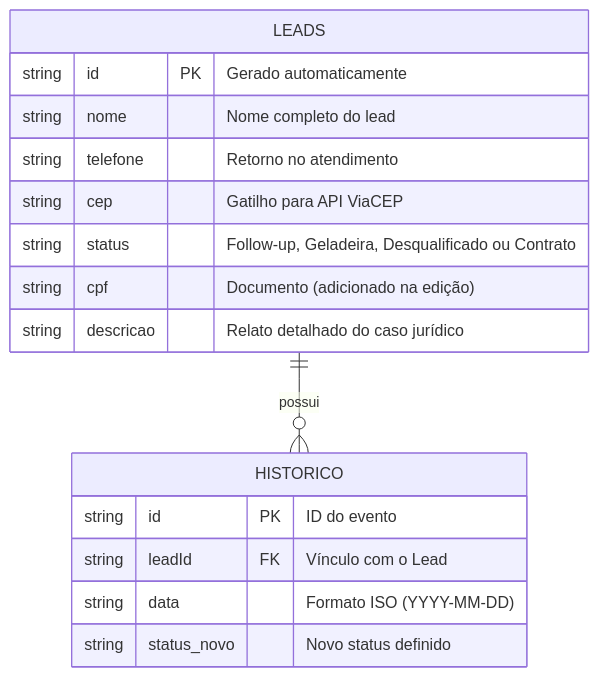
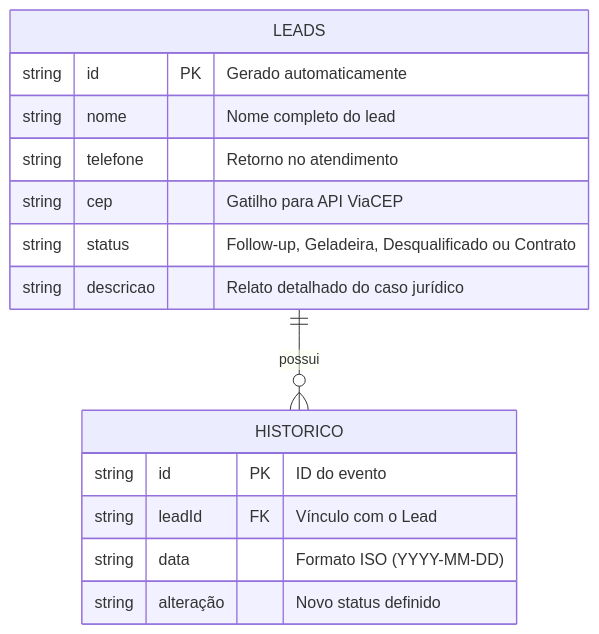
One commit to aalicemoreira/Lex-flow changed the diagram in docs/spec.md. Above: the diagram before and after it, drawn with Mermaid. The commit also changed other lines of this file, not shown here.

````diff
--- a/docs/spec.md
+++ b/docs/spec.md
@@ -8,19 +8,18 @@
 ```mermaid
 erDiagram
     LEADS ||--o{ HISTORICO : "possui"
     LEADS {
         string id PK "Gerado automaticamente"
         string nome "Nome completo do lead"
         string telefone "Retorno no atendimento"
         string cep "Gatilho para API ViaCEP"
         string status "Follow-up, Geladeira, Desqualificado ou Contrato"
-        string cpf "Documento (adicionado na edição)"
         string descricao "Relato detalhado do caso jurídico"
     }
     HISTORICO {
         string id PK "ID do evento"
         string leadId FK "Vínculo com o Lead"
         string data "Formato ISO (YYYY-MM-DD)"
-        string status_novo "Novo status definido"
+        string alteração "Novo status definido"
     }
 ```
````
